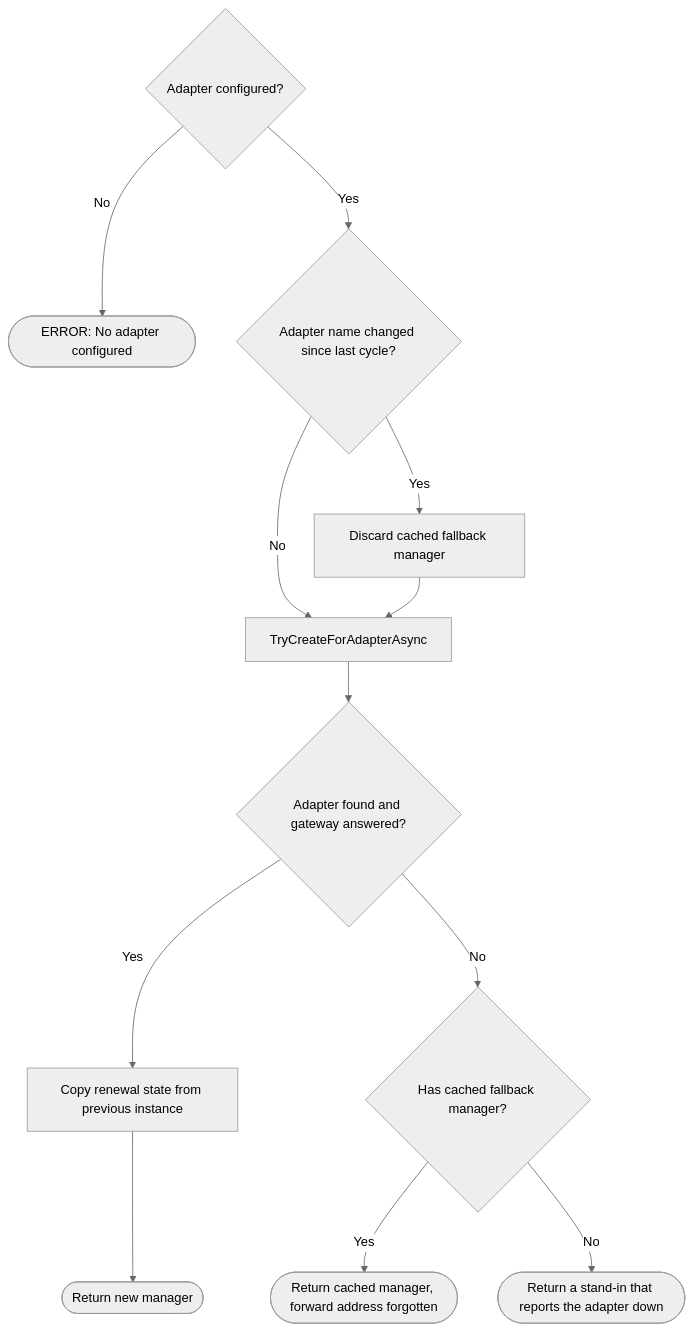
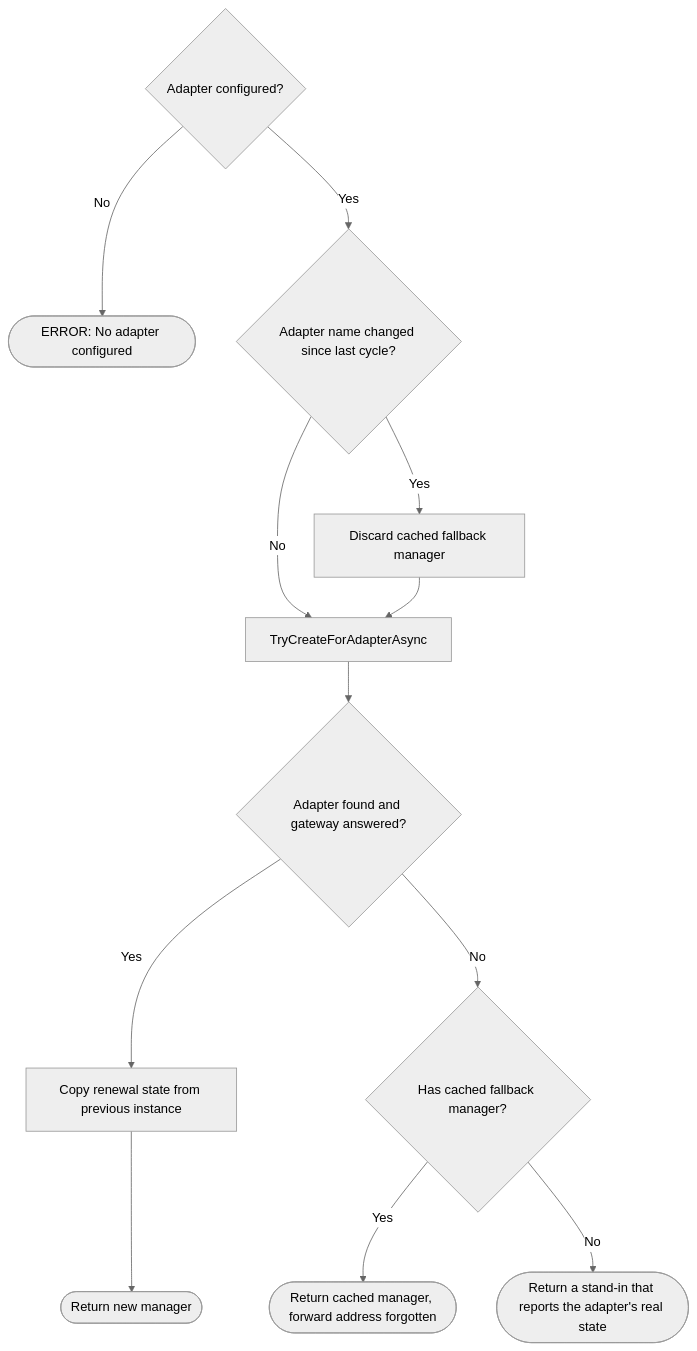
Before and after one commit to martsg666/qbPortWeaver: the second of 2 diagrams in docs/SYNC-CYCLE.md, drawn with Mermaid (neutral theme). The commit also changed other lines of this file and 2 other files, not shown here.

Commit message:
Final review: the NAT-PMP stand-in reports the adapter's real state, so an adapter up with no gateway is not handled as disconnected

````diff
--- a/docs/SYNC-CYCLE.md
+++ b/docs/SYNC-CYCLE.md
@@ -106,14 +106,14 @@
 ```mermaid
 flowchart TD
     A{Adapter configured?} -- No --> ERR([ERROR: No adapter configured])
     A -- Yes --> B{Adapter name changed since last cycle?}
     B -- Yes --> DISCARD[Discard cached fallback manager]
     B -- No --> C
     DISCARD --> C[TryCreateForAdapterAsync]
     C --> D{Adapter found and gateway answered?}
     D -- Yes --> COPY[Copy renewal state from previous instance]
     COPY --> RETURN([Return new manager])
     D -- No --> E{Has cached fallback manager?}
     E -- Yes --> FALLBACK([Return cached manager, forward address forgotten])
-    E -- No --> STANDIN([Return a stand-in that reports the adapter down])
+    E -- No --> STANDIN([Return a stand-in that reports the adapter's real state])
 ```
````
